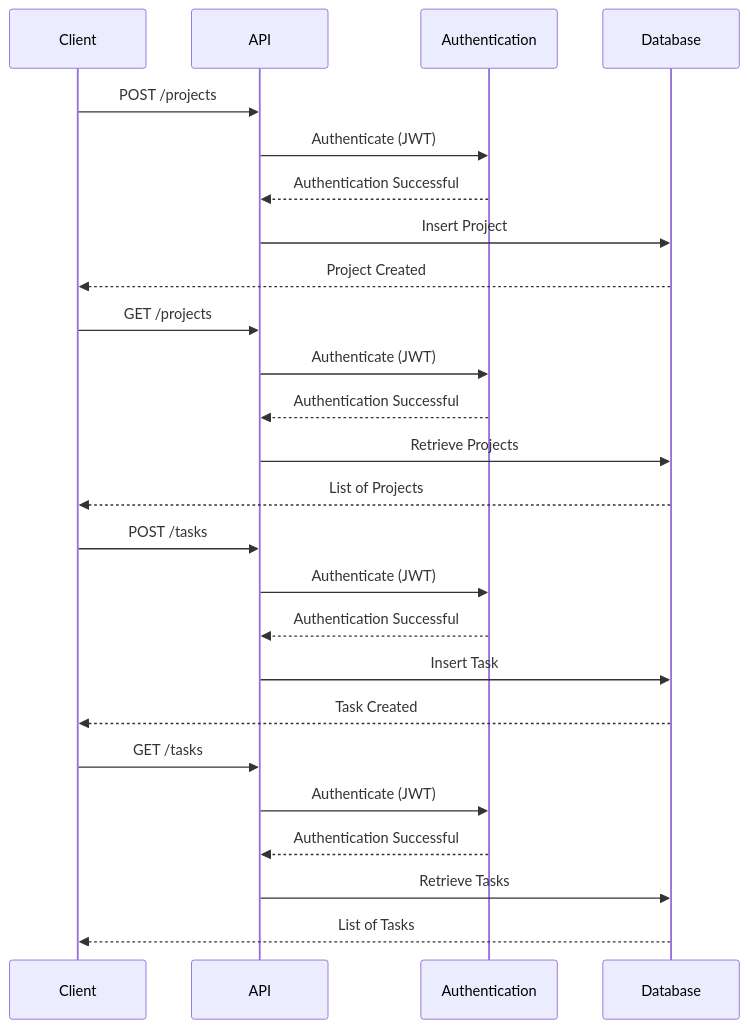
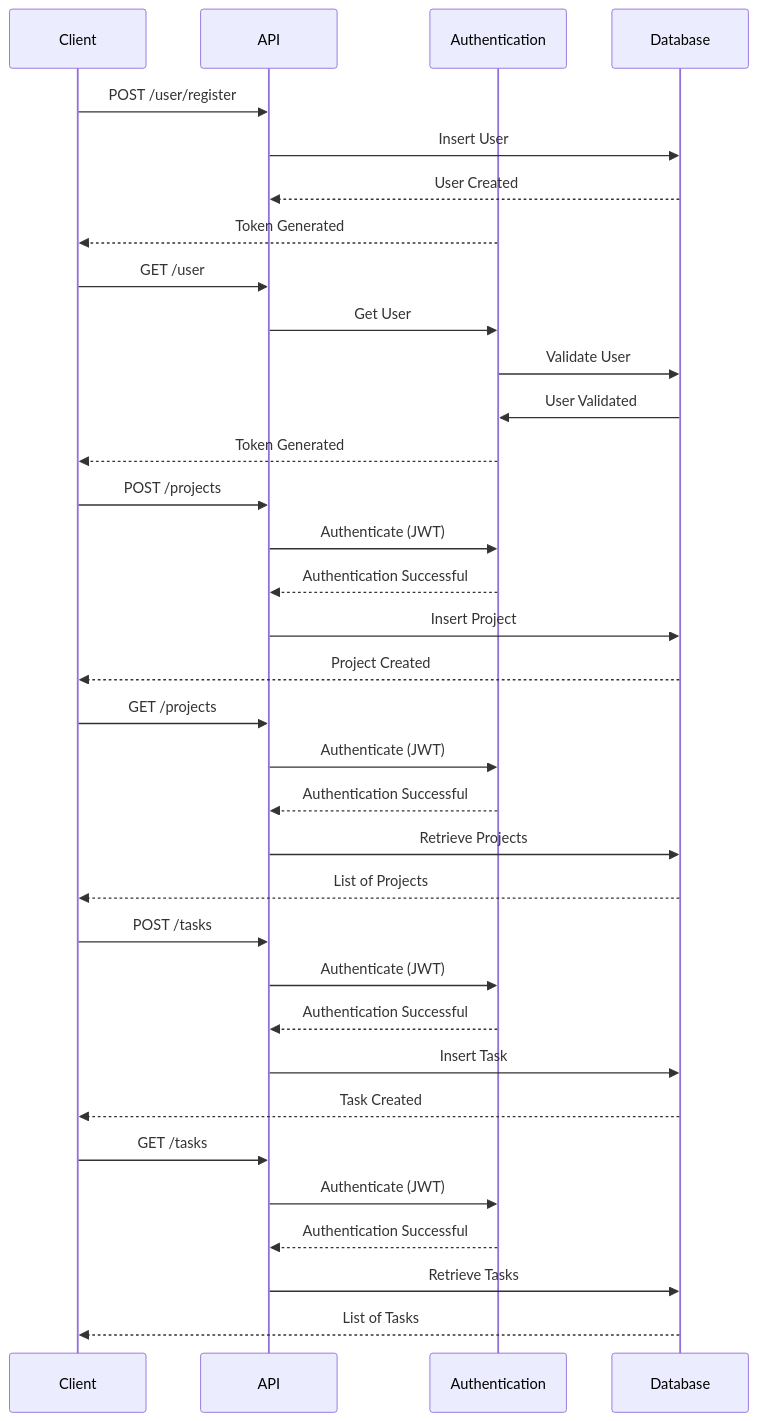
One commit to W4N2/rest-api changed the diagram in README.md. Above: the diagram before and after it, drawn with Mermaid.

Commit message:
readme updates

````diff
--- a/README.md
+++ b/README.md
@@ -131,33 +131,44 @@
 ```mermaid
 
 sequenceDiagram
   participant Client
   participant API
   participant Authentication
   participant Database
+
+  Client ->> API: POST /user/register
+  API ->> Database: Insert User
+  Database -->> API: User Created
+  Authentication -->> Client: Token Generated
+
+  Client ->> API: GET /user
+  API ->> Authentication: Get User
+  Authentication ->> Database: Validate User
+  Database ->> Authentication:User Validated
+  Authentication -->> Client: Token Generated
 
   Client ->> API: POST /projects
   API ->> Authentication: Authenticate (JWT)
   Authentication -->> API: Authentication Successful
   API ->> Database: Insert Project
   Database -->> Client: Project Created
 
   Client ->> API: GET /projects
   API ->> Authentication: Authenticate (JWT)
   Authentication -->> API: Authentication Successful
   API ->> Database: Retrieve Projects
   Database -->> Client: List of Projects
 
   Client ->> API: POST /tasks
   API ->> Authentication: Authenticate (JWT)
   Authentication -->> API: Authentication Successful
   API ->> Database: Insert Task
   Database -->> Client: Task Created
 
   Client ->> API: GET /tasks
   API ->> Authentication: Authenticate (JWT)
   Authentication -->> API: Authentication Successful
   API ->> Database: Retrieve Tasks
   Database -->> Client: List of Tasks
 
 ```
````
